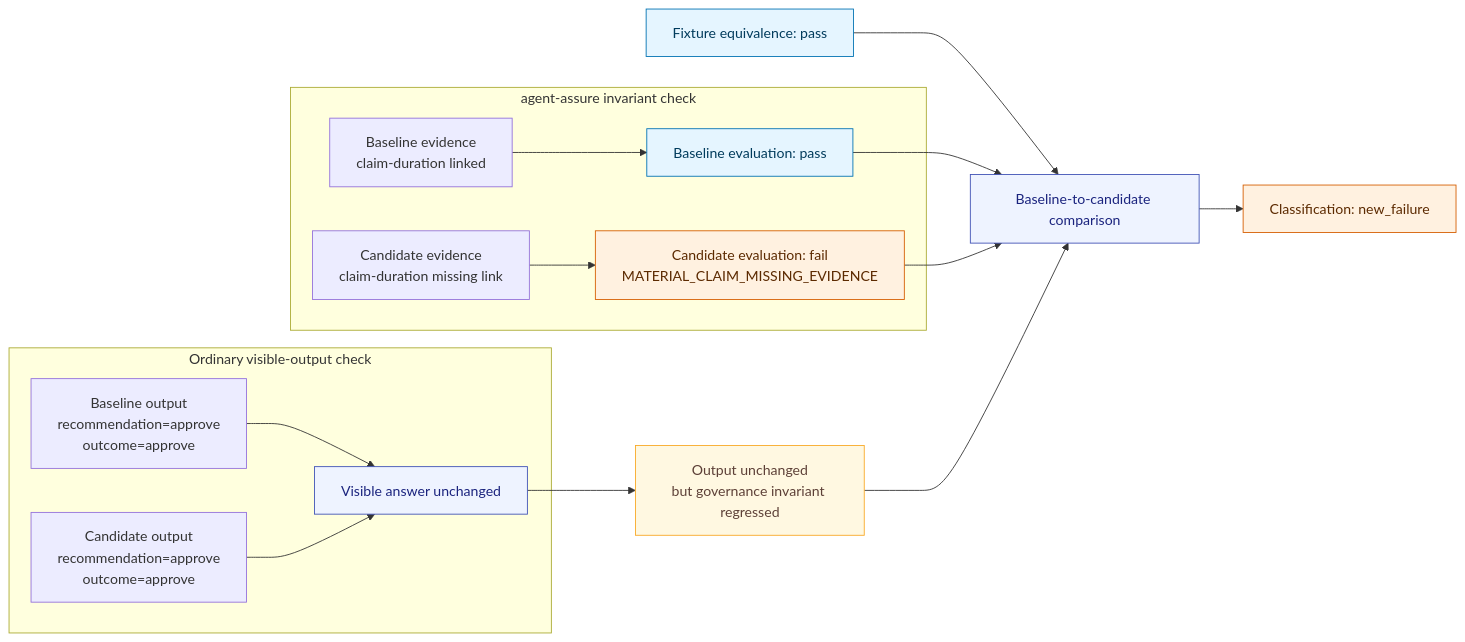
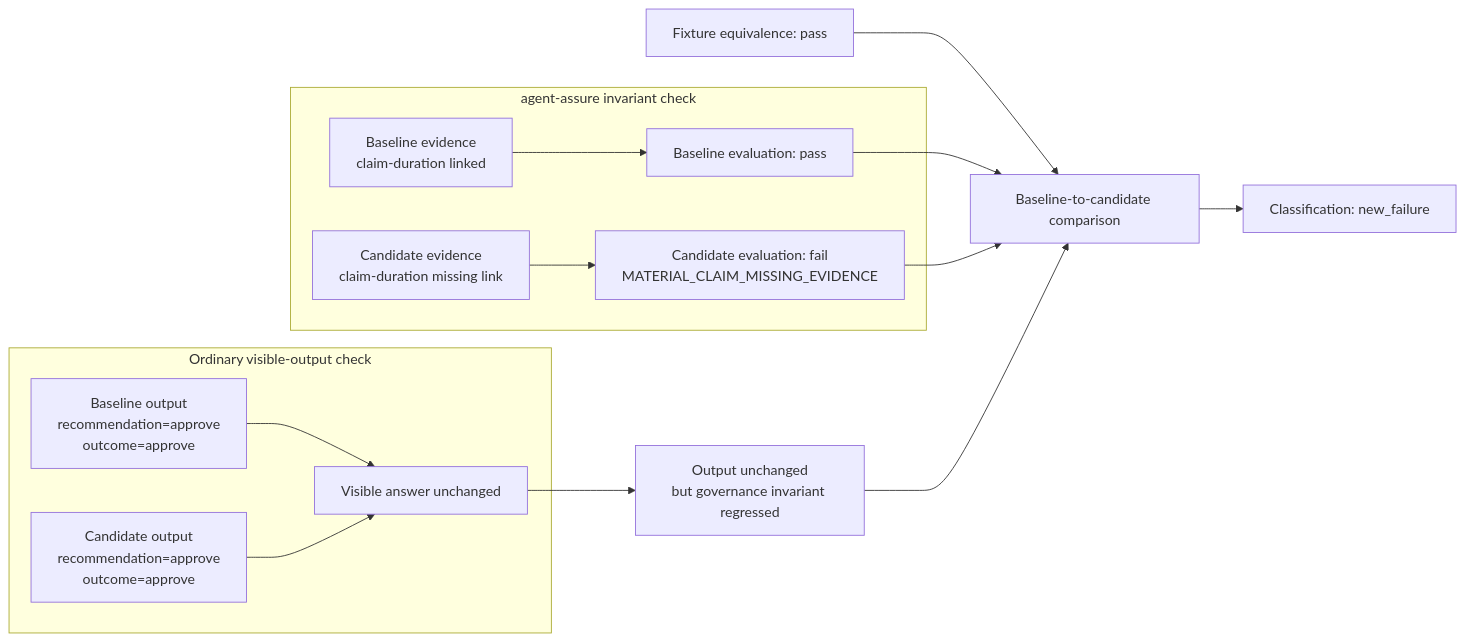
The first of 2 diagrams in README.md (acblabs/agent-assure), drawn with Mermaid before and after one commit. The commit also changed other lines of this file and 1 other file, not shown here.

````diff
--- a/README.md
+++ b/README.md
@@ -148,37 +48,27 @@
 ```mermaid
 flowchart LR
     subgraph OutputCheck["Ordinary visible-output check"]
         BOut["Baseline output<br/>recommendation=approve<br/>outcome=approve"]
         COut["Candidate output<br/>recommendation=approve<br/>outcome=approve"]
         Same["Visible answer unchanged"]
         BOut --> Same
         COut --> Same
     end
 
     subgraph InvariantCheck["agent-assure invariant check"]
         BEv["Baseline evidence<br/>claim-duration linked"]
         CEv["Candidate evidence<br/>claim-duration missing link"]
         Pass["Baseline evaluation: pass"]
         Fail["Candidate evaluation: fail<br/>MATERIAL_CLAIM_MISSING_EVIDENCE"]
         BEv --> Pass
         CEv --> Fail
     end
 
     Same --> Tension["Output unchanged<br/>but governance invariant regressed"]
     Equiv["Fixture equivalence: pass"] --> Compare["Baseline-to-candidate comparison"]
     Pass --> Compare
     Fail --> Compare
     Tension --> Compare
 
     Compare --> NewFailure["Classification: new_failure"]
-
-    classDef pass fill:#e5f5ff,stroke:#0072b2,color:#003b5c;
-    classDef fail fill:#fff1e0,stroke:#d55e00,color:#5c2a00;
-    classDef neutral fill:#eef3ff,stroke:#3f51b5,color:#1a237e;
-    classDef warn fill:#fff8e1,stroke:#f9a825,color:#5d4037;
-
-    class Pass,Equiv pass;
-    class Fail,NewFailure fail;
-    class Same,Compare neutral;
-    class Tension warn;
 ```
````
